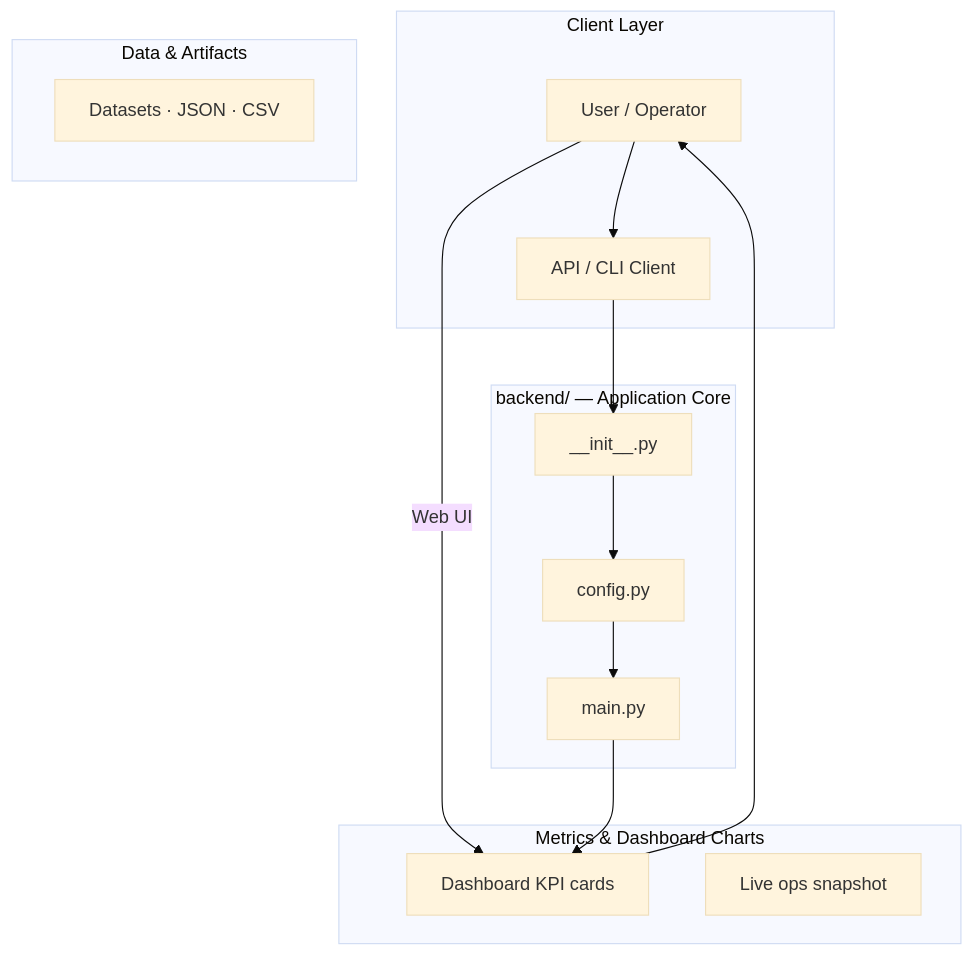
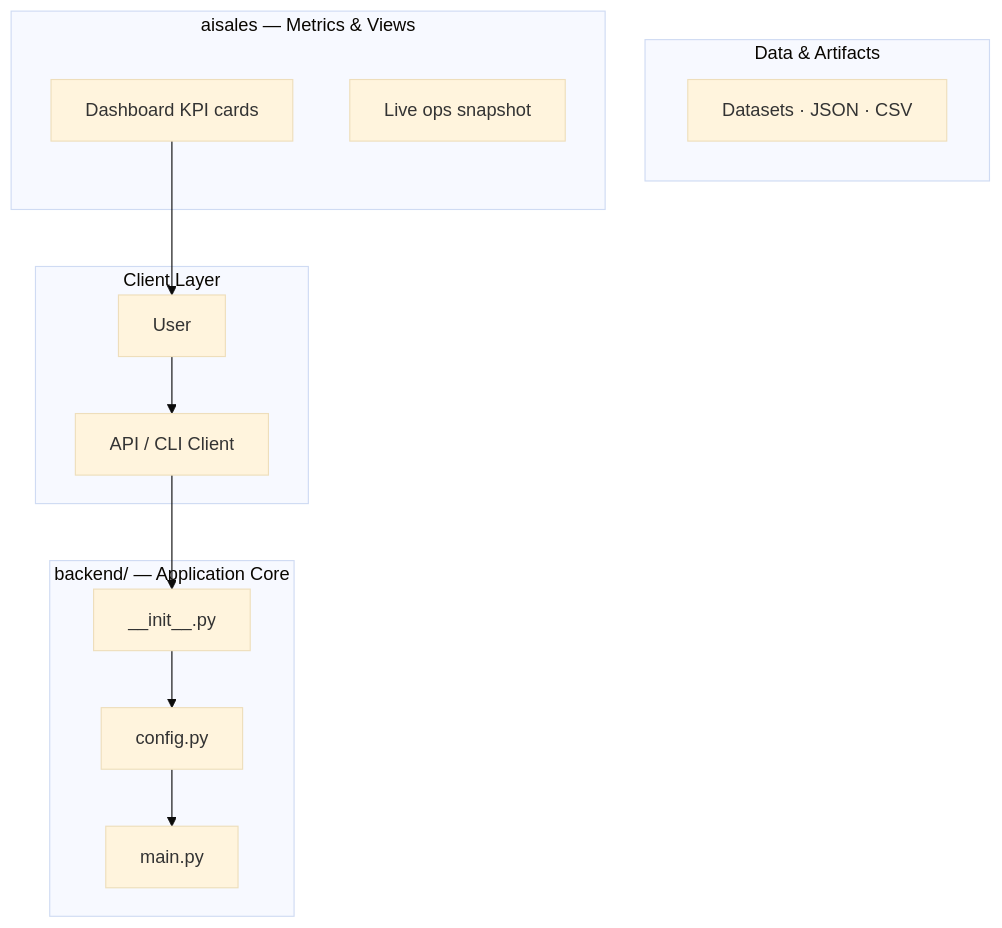
Before and after one commit to Punyamittal/aisales: the first of 4 diagrams in README.md, drawn with Mermaid (base theme). The commit also changed other lines of this file, not shown here.

````diff
--- a/README.md
+++ b/README.md
@@ -253,29 +148,27 @@
 ```mermaid
 graph TB
     subgraph Client["Client Layer"]
-        user["User / Operator"]
+        user["User"]
         api_client["API / CLI Client"]
     end
 
     subgraph Core["backend/ — Application Core"]
         __init__["__init__.py"]
         config["config.py"]
         main["main.py"]
     end
 
     subgraph Data["Data & Artifacts"]
         datasets["Datasets · JSON · CSV"]
     end
 
-    subgraph Charts["Metrics & Dashboard Charts"]
+    subgraph Charts["aisales — Metrics & Views"]
         dashboard_kpis["Dashboard KPI cards"]
         ops_snapshot["Live ops snapshot"]
     end
 
     user --> api_client
     api_client --> __init__
     __init__ --> config --> main
-    user -->|Web UI| dashboard_kpis
-    main --> dashboard_kpis
     dashboard_kpis --> user
 ```
````
